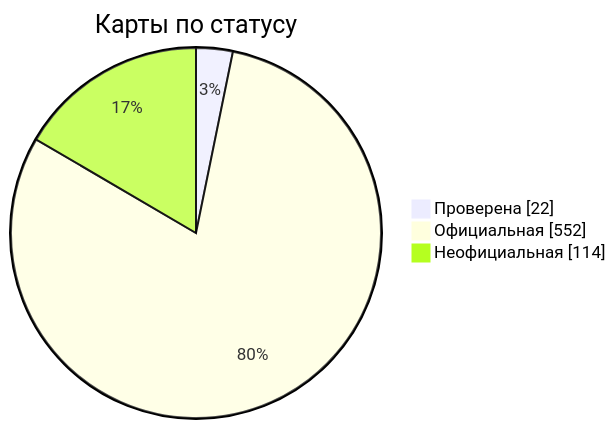
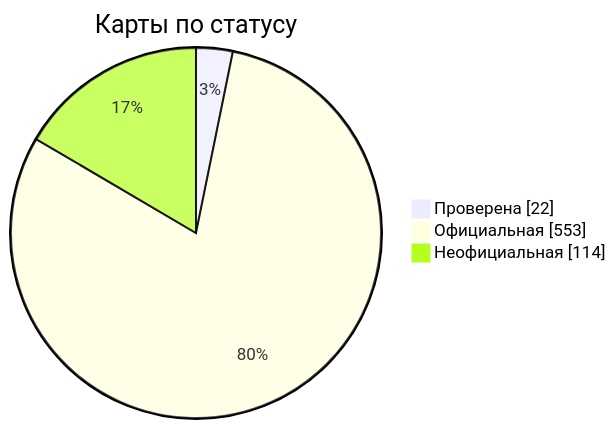
Before and after one commit to nobrega8/mbmap-library: the diagram in docs/readme/README_RU.md, drawn with Mermaid. The commit also changed 6 other files, not shown here.

````diff
--- a/docs/readme/README_RU.md
+++ b/docs/readme/README_RU.md
@@ -54,7 +54,7 @@
 ```mermaid
 pie showData
     title Карты по статусу
     "Проверена" : 22
-    "Официальная" : 552
+    "Официальная" : 553
     "Неофициальная" : 114
 ```
````
